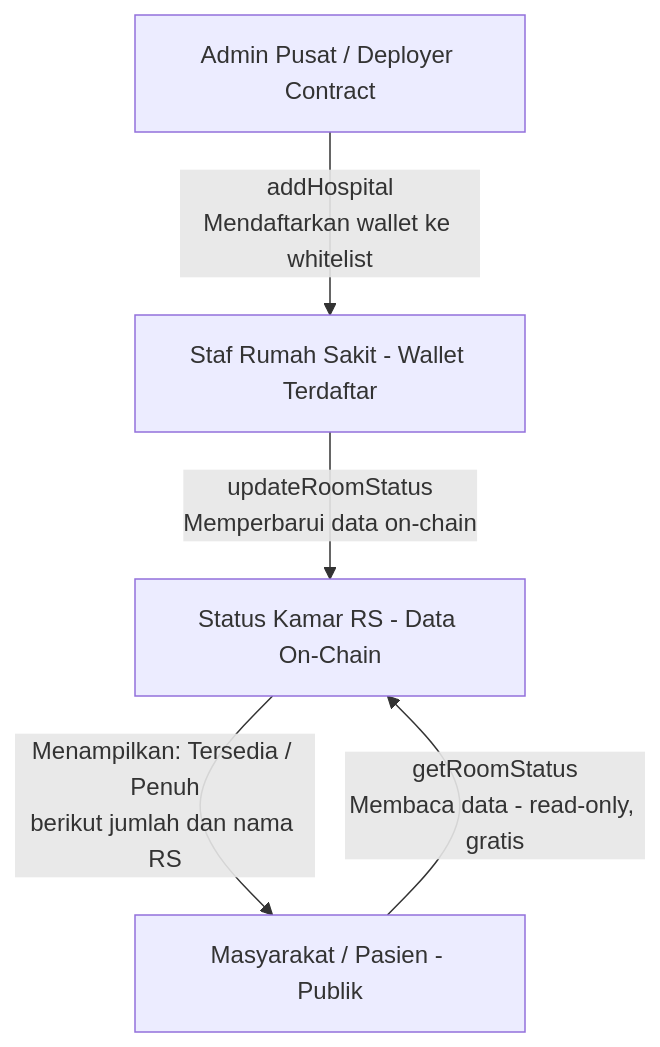
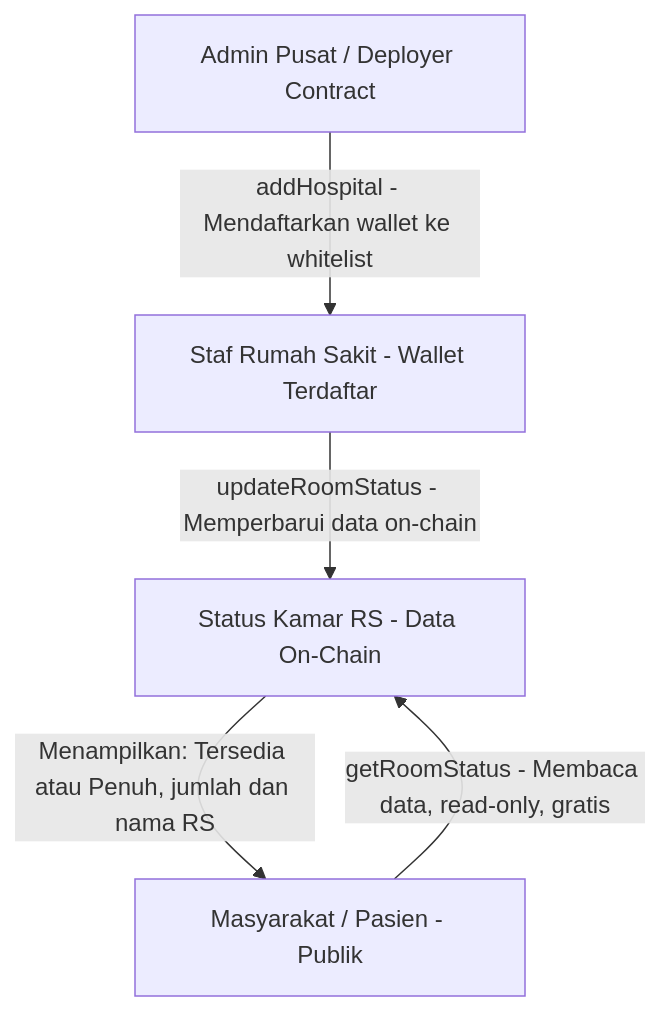
The first of 3 diagrams in readme/capstone_blockchain.md (abuab234/Status-Ketersediaan-Kamar-RS), drawn with Mermaid before and after one commit. The commit also changed other lines of this file, not shown here.

Commit message:
Fix: Memperbaiki sintaks diagram Mermaid pada dokumentasi

````diff
--- a/readme/capstone_blockchain.md
+++ b/readme/capstone_blockchain.md
@@ -8,12 +8,12 @@
 ```mermaid
 flowchart TD
     A["Admin Pusat / Deployer Contract"]
     B["Staf Rumah Sakit - Wallet Terdaftar"]
     C["Status Kamar RS - Data On-Chain"]
     D["Masyarakat / Pasien - Publik"]
 
-    A -->|"addHospital\nMendaftarkan wallet ke whitelist"| B
-    B -->|"updateRoomStatus\nMemperbarui data on-chain"| C
-    D -->|"getRoomStatus\nMembaca data - read-only, gratis"| C
-    C -->|"Menampilkan: Tersedia / Penuh\nberikut jumlah dan nama RS"| D
+    A -->|"addHospital - Mendaftarkan wallet ke whitelist"| B
+    B -->|"updateRoomStatus - Memperbarui data on-chain"| C
+    D -->|"getRoomStatus - Membaca data, read-only, gratis"| C
+    C -->|"Menampilkan: Tersedia atau Penuh, jumlah dan nama RS"| D
 ```
````
